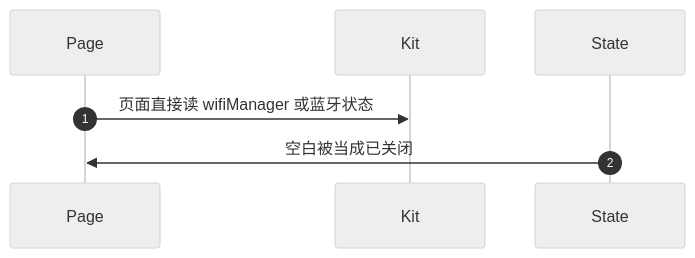
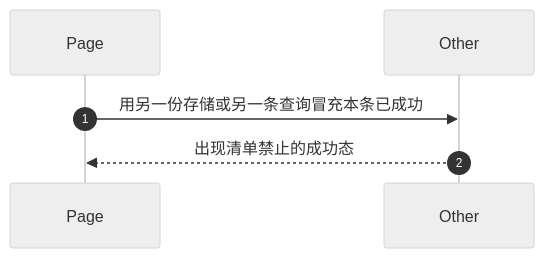
Before and after one commit to yohurm/HarmonyOS-YoWireTools: the fourth of 4 diagrams in docs/goal/architecture/workbench/WB-003.md, drawn with Mermaid (neutral theme). The commit also changed other lines of this file and 30 other files, not shown here.

````diff
--- a/docs/goal/architecture/workbench/WB-003.md
+++ b/docs/goal/architecture/workbench/WB-003.md
@@ -86,9 +97,8 @@
 ```mermaid
 sequenceDiagram
   autonumber
   participant Page
-  participant Kit
-  participant State
-  Page->>Kit: 页面直接读 wifiManager 或蓝牙状态
-  State->>Page: 空白被当成已关闭
+  participant Other
+  Page->>Other: 用另一份存储或另一条查询冒充本条已成功
+  Other-->>Page: 出现清单禁止的成功态
 ```
````
